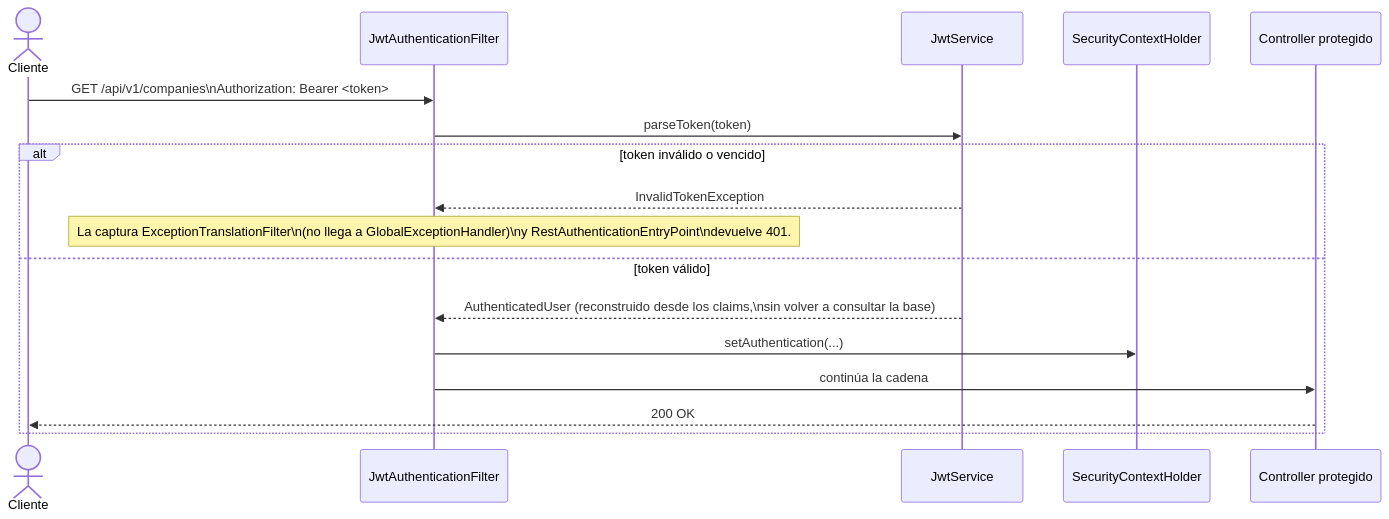
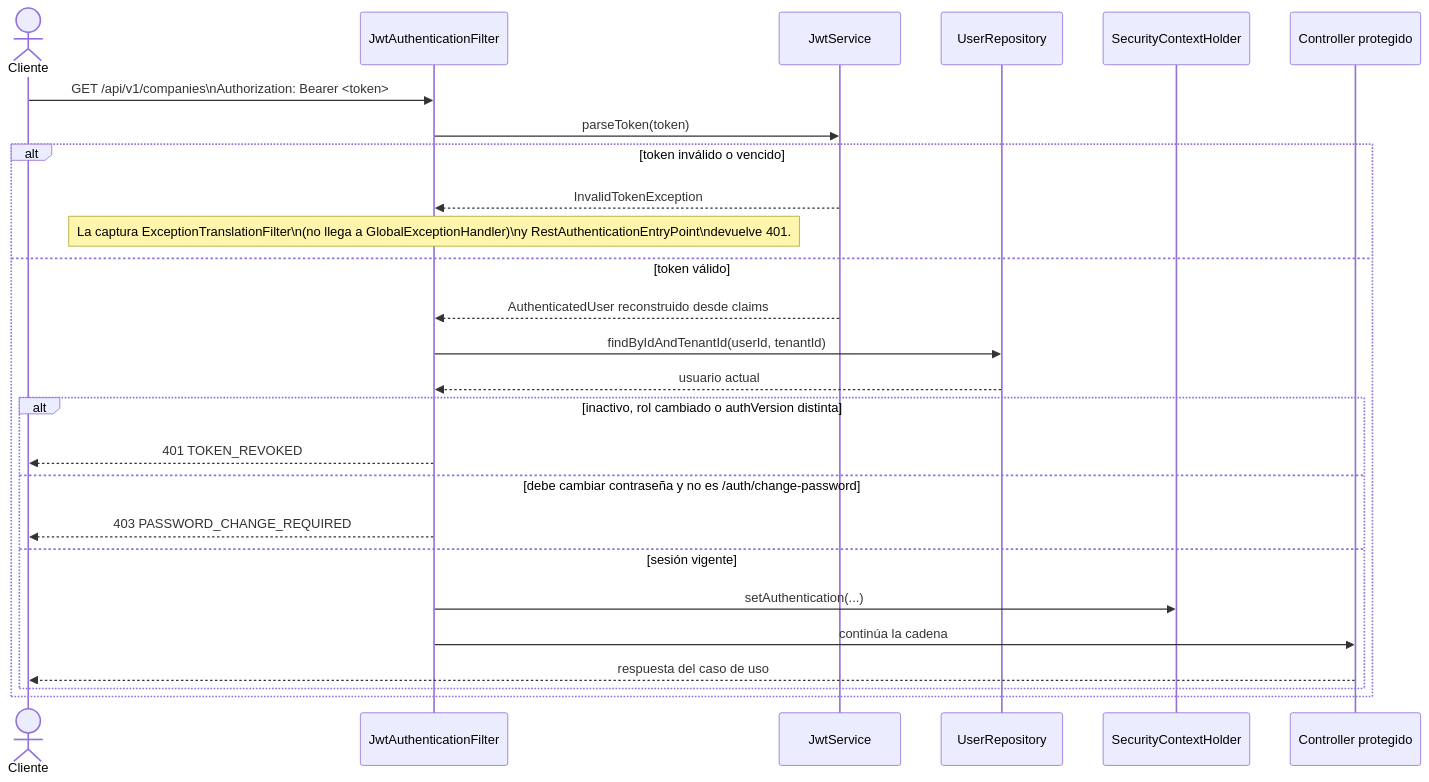
One commit to FranRuggi/UNLAM-GADS1 changed the second of 2 diagrams in backend/docs/diagrams/sequence-login.md. Above: the diagram before and after it, drawn with Mermaid. The commit also changed other lines of this file and 184 other files, not shown here.

````diff
--- a/backend/docs/diagrams/sequence-login.md
+++ b/backend/docs/diagrams/sequence-login.md
@@ -50,20 +50,29 @@
 ```mermaid
 sequenceDiagram
     actor Cliente
     participant Filter as JwtAuthenticationFilter
     participant JS as JwtService
+    participant UR as UserRepository
     participant SCH as SecurityContextHolder
     participant Ctrl as Controller protegido
 
     Cliente->>Filter: GET /api/v1/companies\nAuthorization: Bearer <token>
     Filter->>JS: parseToken(token)
     alt token inválido o vencido
         JS-->>Filter: InvalidTokenException
         Note over Filter: La captura ExceptionTranslationFilter\n(no llega a GlobalExceptionHandler)\ny RestAuthenticationEntryPoint\ndevuelve 401.
     else token válido
-        JS-->>Filter: AuthenticatedUser (reconstruido desde los claims,\nsin volver a consultar la base)
-        Filter->>SCH: setAuthentication(...)
-        Filter->>Ctrl: continúa la cadena
-        Ctrl-->>Cliente: 200 OK
+        JS-->>Filter: AuthenticatedUser reconstruido desde claims
+        Filter->>UR: findByIdAndTenantId(userId, tenantId)
+        UR-->>Filter: usuario actual
+        alt inactivo, rol cambiado o authVersion distinta
+            Filter-->>Cliente: 401 TOKEN_REVOKED
+        else debe cambiar contraseña y no es /auth/change-password
+            Filter-->>Cliente: 403 PASSWORD_CHANGE_REQUIRED
+        else sesión vigente
+            Filter->>SCH: setAuthentication(...)
+            Filter->>Ctrl: continúa la cadena
+            Ctrl-->>Cliente: respuesta del caso de uso
+        end
     end
 ```
````
